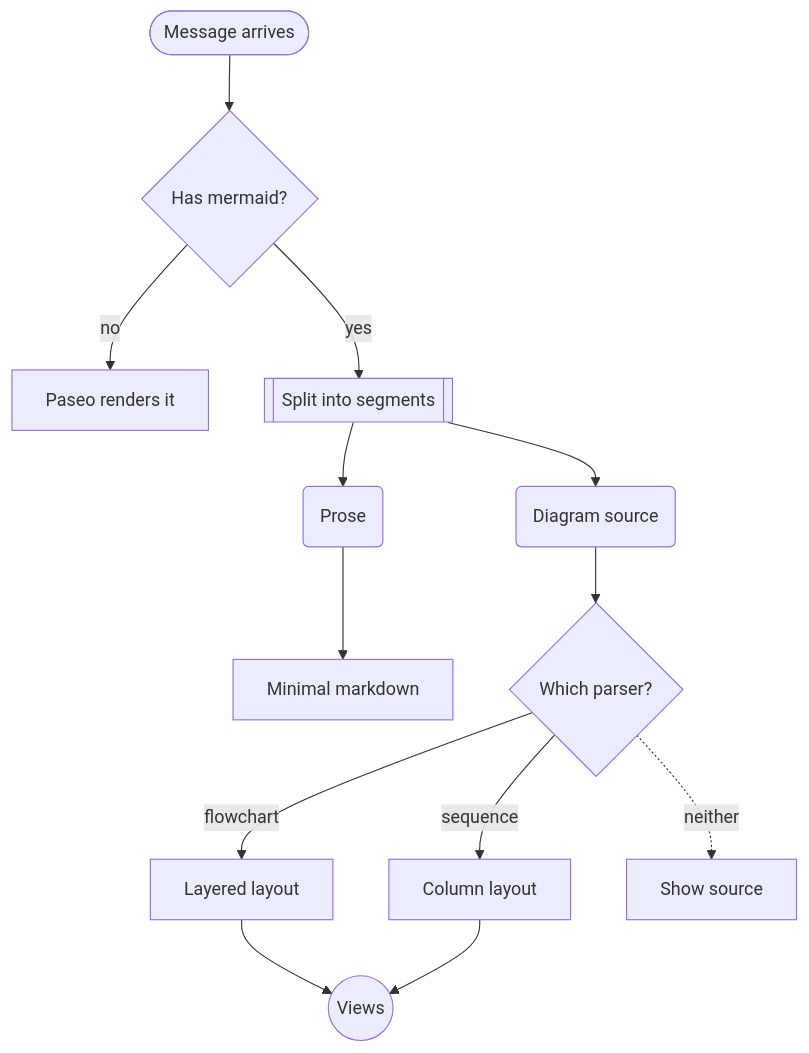
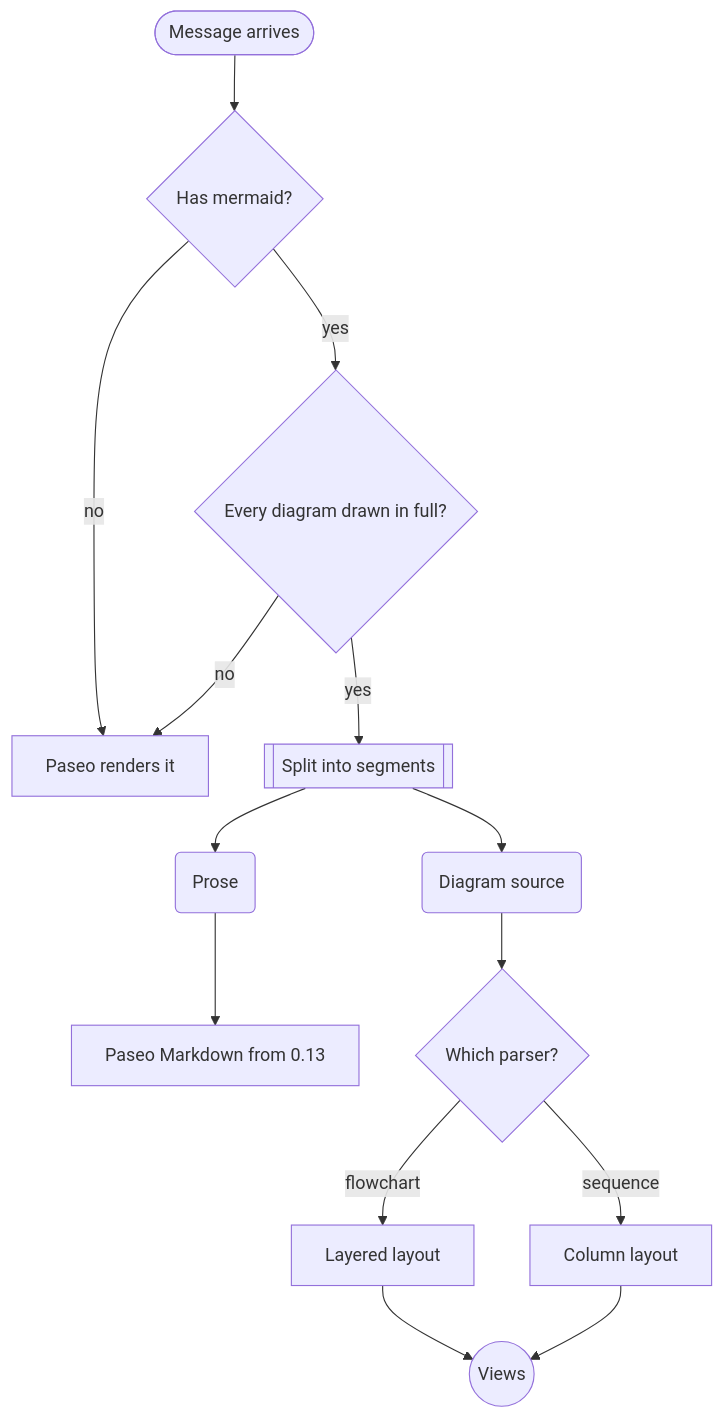
Before and after one commit to dutchakdev/paseo-plugin-mermaid: the diagram in README.md, drawn with Mermaid. The commit also changed other lines of this file and 26 other files, not shown here.

````diff
--- a/README.md
+++ b/README.md
@@ -114,15 +133,16 @@
 ```mermaid
 flowchart TD
     Msg([Message arrives]) --> Check{Has mermaid?}
     Check -->|no| Paseo[Paseo renders it]
-    Check -->|yes| Split[[Split into segments]]
+    Check -->|yes| Full{Every diagram drawn in full?}
+    Full -->|no| Paseo
+    Full -->|yes| Split[[Split into segments]]
     Split --> Text(Prose)
     Split --> Src(Diagram source)
-    Text --> Md[Minimal markdown]
+    Text --> Md[Paseo Markdown from 0.13]
     Src --> Parse{Which parser?}
     Parse -->|flowchart| Layout[Layered layout]
     Parse -->|sequence| Columns[Column layout]
-    Parse -.->|neither| Raw[Show source]
     Layout --> Draw((Views))
     Columns --> Draw
 ```
````
